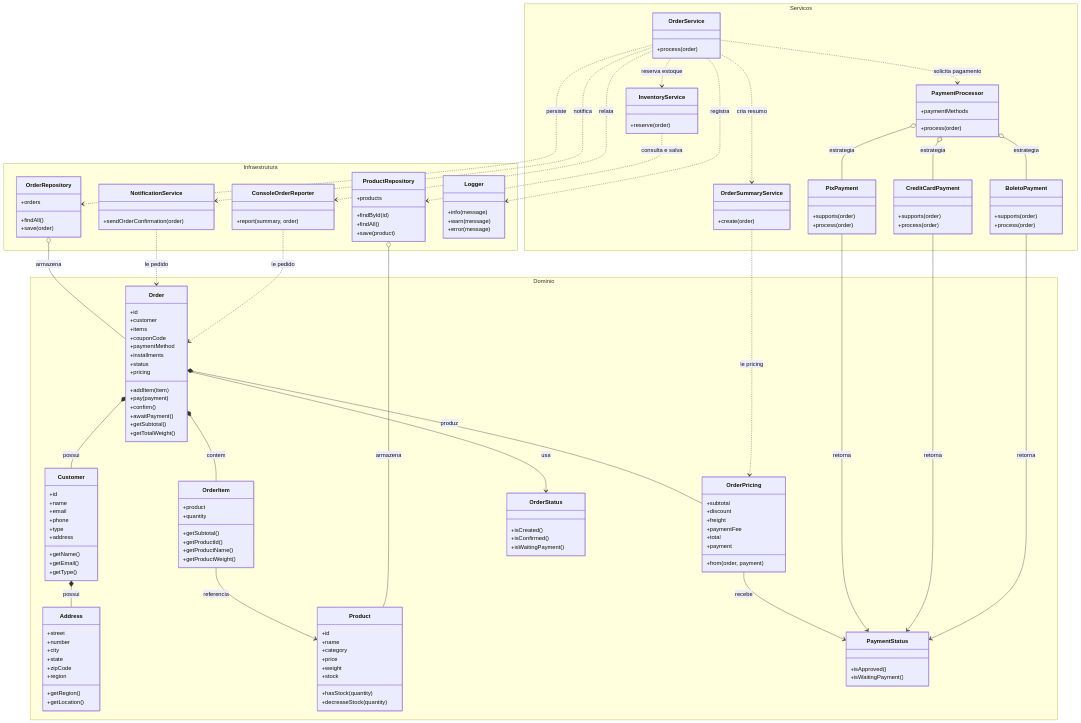
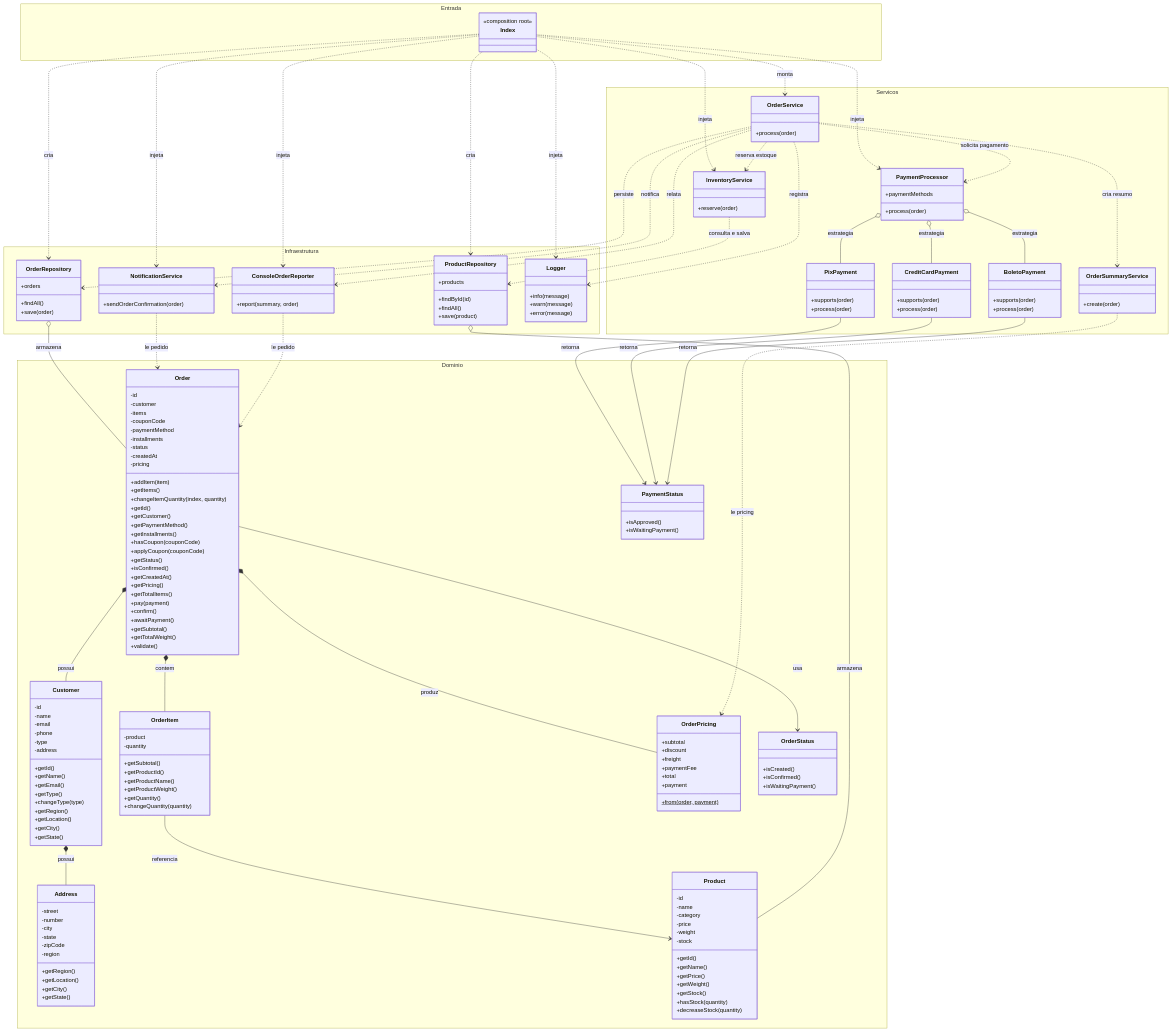
One commit to gabrielribeirof/solid-refactoring changed the diagram in docs/class-diagram.md. Above: the diagram before and after it, drawn with Mermaid. The commit also changed other lines of this file and 1 other file, not shown here.

Commit message:
docs: update class diagrams to include encapsulation details

```diff
--- a/docs/class-diagram.md
+++ b/docs/class-diagram.md
@@ -6,63 +6,93 @@
 classDiagram
     namespace Dominio {
         class Address {
-            +street
-            +number
-            +city
-            +state
-            +zipCode
-            +region
+            -street
+            -number
+            -city
+            -state
+            -zipCode
+            -region
             +getRegion()
             +getLocation()
+            +getCity()
+            +getState()
         }
 
         class Customer {
-            +id
-            +name
-            +email
-            +phone
-            +type
-            +address
+            -id
+            -name
+            -email
+            -phone
+            -type
+            -address
+            +getId()
             +getName()
             +getEmail()
             +getType()
+            +changeType(type)
+            +getRegion()
+            +getLocation()
+            +getCity()
+            +getState()
         }
 
         class Product {
-            +id
-            +name
-            +category
-            +price
-            +weight
-            +stock
+            -id
+            -name
+            -category
+            -price
+            -weight
+            -stock
+            +getId()
+            +getName()
+            +getPrice()
+            +getWeight()
+            +getStock()
             +hasStock(quantity)
             +decreaseStock(quantity)
         }
 
         class OrderItem {
-            +product
-            +quantity
+            -product
+            -quantity
             +getSubtotal()
             +getProductId()
             +getProductName()
             +getProductWeight()
+            +getQuantity()
+            +changeQuantity(quantity)
         }
 
         class Order {
-            +id
-            +customer
-            +items
-            +couponCode
-            +paymentMethod
-            +installments
-            +status
-            +pricing
+            -id
+            -customer
+            -items
+            -couponCode
+            -paymentMethod
+            -installments
+            -status
+            -createdAt
+            -pricing
             +addItem(item)
+            +getItems()
+            +changeItemQuantity(index, quantity)
+            +getId()
+            +getCustomer()
+            +getPaymentMethod()
+            +getInstallments()
+            +hasCoupon(couponCode)
+            +applyCoupon(couponCode)
+            +getStatus()
+            +isConfirmed()
+            +getCreatedAt()
+            +getPricing()
+            +getTotalItems()
             +pay(payment)
             +confirm()
             +awaitPayment()
             +getSubtotal()
             +getTotalWeight()
+            +validate()
         }
 
         class OrderPricing {
@@ -72,7 +102,7 @@
             +paymentFee
             +total
             +payment
-            +from(order, payment)
+            +from(order, payment)$
         }
 
         class OrderStatus {
@@ -121,6 +151,12 @@
         }
     }
 
+    namespace Entrada {
+        class Index {
+            <<composition root>>
+        }
+    }
+
     namespace Infraestrutura {
         class ProductRepository {
             +products
@@ -156,7 +192,15 @@
     OrderItem --> Product : referencia
     Order *-- OrderPricing : produz
     Order --> OrderStatus : usa
-    OrderPricing --> PaymentStatus : recebe
+
+    Index ..> ProductRepository : cria
+    Index ..> OrderRepository : cria
+    Index ..> OrderService : monta
+    Index ..> InventoryService : injeta
+    Index ..> PaymentProcessor : injeta
+    Index ..> NotificationService : injeta
+    Index ..> ConsoleOrderReporter : injeta
+    Index ..> Logger : injeta
 
     OrderService ..> PaymentProcessor : solicita pagamento
     OrderService ..> InventoryService : reserva estoque
```
